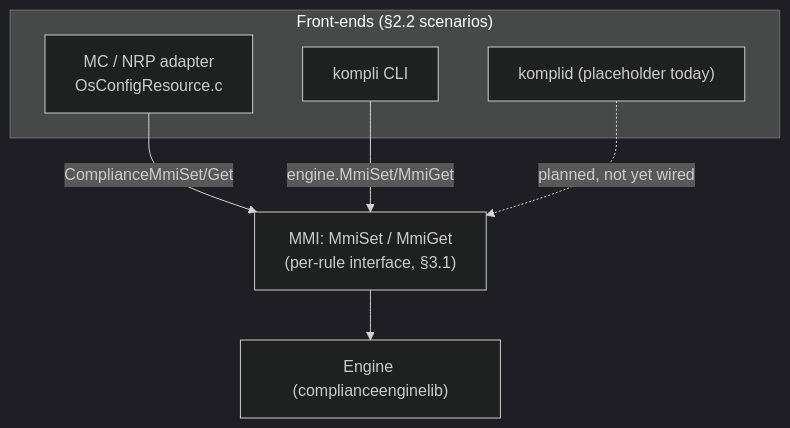
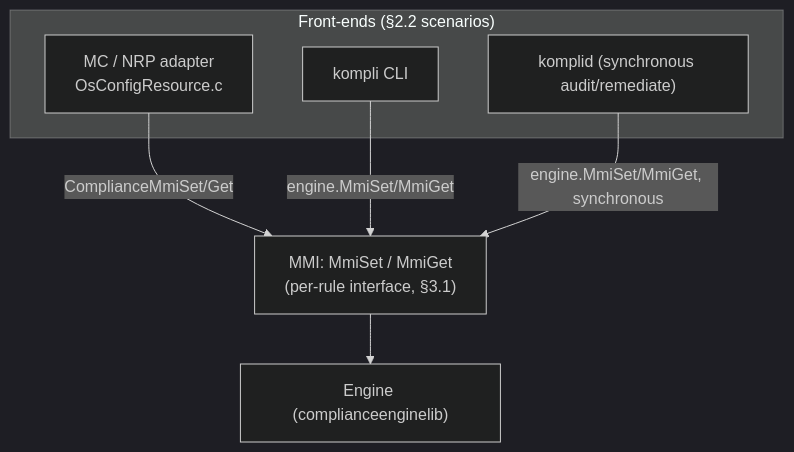
Before and after one commit to microsoft/kompli: the first of 5 diagrams in docs/architecture.md, drawn with Mermaid (dark theme). The commit also changed other lines of this file and 11 other files, not shown here.

Commit message:
komplid: synchronous JSONL audit/remediate core

````diff
--- a/docs/architecture.md
+++ b/docs/architecture.md
@@ -65,15 +65,15 @@
 ```mermaid
 flowchart TB
     subgraph "Front-ends (§2.2 scenarios)"
         NRP["MC / NRP adapter\nOsConfigResource.c"]
         CLI["kompli CLI"]
-        Daemon["komplid (placeholder today)"]
+        Daemon["komplid (synchronous audit/remediate)"]
     end
     MMI["MMI: MmiSet / MmiGet\n(per-rule interface, §3.1)"]
     Engine["Engine (complianceenginelib)"]
 
     NRP -->|ComplianceMmiSet/Get| MMI
     CLI -->|engine.MmiSet/MmiGet| MMI
-    Daemon -.->|planned, not yet wired| MMI
+    Daemon -->|engine.MmiSet/MmiGet, synchronous| MMI
     MMI --> Engine
 ```
````
